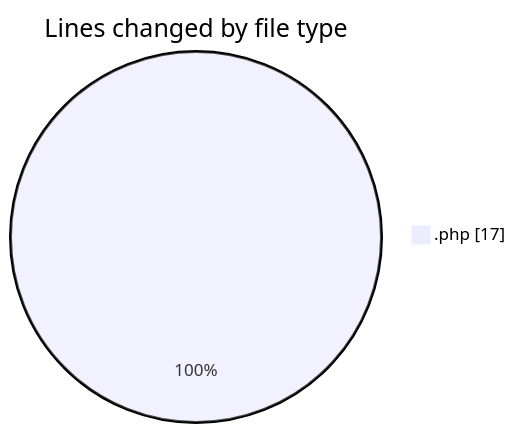
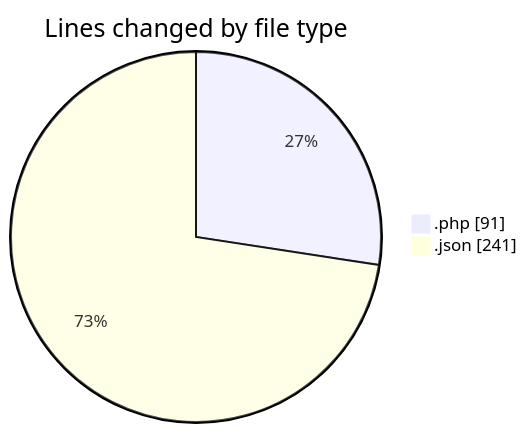
The first of 2 diagrams in 2025-03-28/autodidak/README.md (idhammustaqopulfikri/code-tracking), drawn with Mermaid before and after one commit. The commit also changed other lines of this file and 1 other file, not shown here.

````diff
--- a/2025-03-28/autodidak/README.md
+++ b/2025-03-28/autodidak/README.md
@@ -21,5 +23,6 @@
 ```mermaid
 pie showData
 title Lines changed by file type
-".php" : 17
+".php" : 91
+".json" : 241
 ```
````
